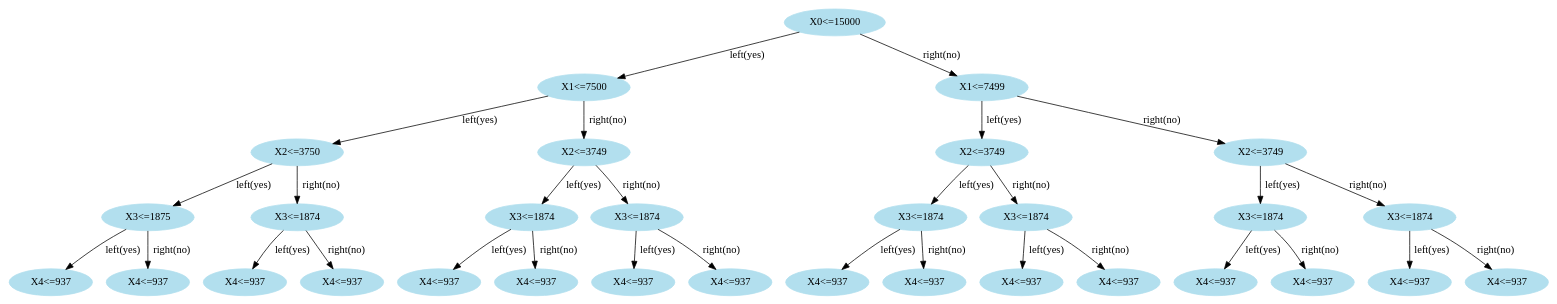
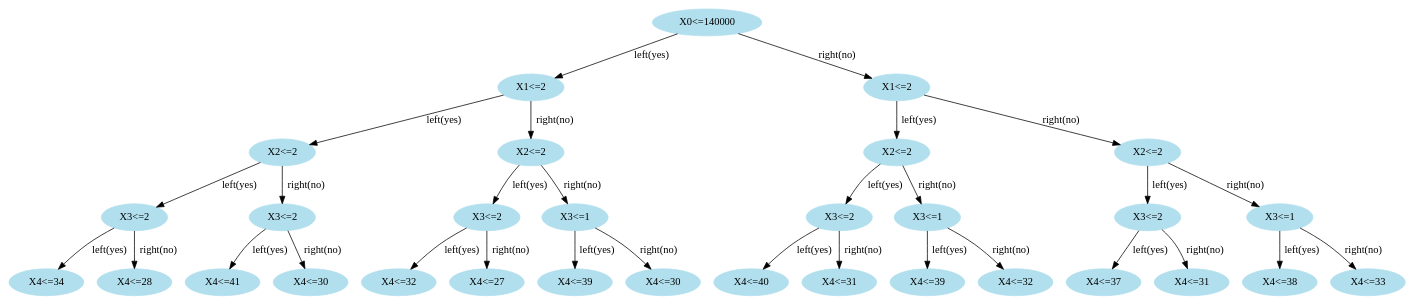
One commit to juusechec/Arbol-KD changed the diagram in arbol.gv. Above: the diagram before and after it, drawn with Graphviz. The commit also changed 3 other files, not shown here.

```diff
--- a/arbol.gv
+++ b/arbol.gv
@@ -1,65 +1,65 @@
 strict digraph arbol {
 	node [color=lightblue2 style=filled]
 	size="126,6"
-	root [label="X0<=15000"]
-	rootL [label="X1<=7500"]
+	root [label="X0<=140000"]
+	rootL [label="X1<=2"]
 	root -> rootL [label="left(yes)"]
-	rootR [label="X1<=7499"]
+	rootR [label="X1<=2"]
 	root -> rootR [label="right(no)"]
-	rootLL [label="X2<=3750"]
+	rootLL [label="X2<=2"]
 	rootL -> rootLL [label="left(yes)"]
-	rootLR [label="X2<=3749"]
+	rootLR [label="X2<=2"]
 	rootL -> rootLR [label="right(no)"]
-	rootLLL [label="X3<=1875"]
+	rootLLL [label="X3<=2"]
 	rootLL -> rootLLL [label="left(yes)"]
-	rootLLR [label="X3<=1874"]
+	rootLLR [label="X3<=2"]
 	rootLL -> rootLLR [label="right(no)"]
-	rootLLLL [label="X4<=937"]
+	rootLLLL [label="X4<=34"]
 	rootLLL -> rootLLLL [label="left(yes)"]
-	rootLLLR [label="X4<=937"]
+	rootLLLR [label="X4<=28"]
 	rootLLL -> rootLLLR [label="right(no)"]
-	rootLLRL [label="X4<=937"]
+	rootLLRL [label="X4<=41"]
 	rootLLR -> rootLLRL [label="left(yes)"]
-	rootLLRR [label="X4<=937"]
+	rootLLRR [label="X4<=30"]
 	rootLLR -> rootLLRR [label="right(no)"]
-	rootLRL [label="X3<=1874"]
+	rootLRL [label="X3<=2"]
 	rootLR -> rootLRL [label="left(yes)"]
-	rootLRR [label="X3<=1874"]
+	rootLRR [label="X3<=1"]
 	rootLR -> rootLRR [label="right(no)"]
-	rootLRLL [label="X4<=937"]
+	rootLRLL [label="X4<=32"]
 	rootLRL -> rootLRLL [label="left(yes)"]
-	rootLRLR [label="X4<=937"]
+	rootLRLR [label="X4<=27"]
 	rootLRL -> rootLRLR [label="right(no)"]
-	rootLRRL [label="X4<=937"]
+	rootLRRL [label="X4<=39"]
 	rootLRR -> rootLRRL [label="left(yes)"]
-	rootLRRR [label="X4<=937"]
+	rootLRRR [label="X4<=30"]
 	rootLRR -> rootLRRR [label="right(no)"]
-	rootRL [label="X2<=3749"]
+	rootRL [label="X2<=2"]
 	rootR -> rootRL [label="left(yes)"]
-	rootRR [label="X2<=3749"]
+	rootRR [label="X2<=2"]
 	rootR -> rootRR [label="right(no)"]
-	rootRLL [label="X3<=1874"]
+	rootRLL [label="X3<=2"]
 	rootRL -> rootRLL [label="left(yes)"]
-	rootRLR [label="X3<=1874"]
+	rootRLR [label="X3<=1"]
 	rootRL -> rootRLR [label="right(no)"]
-	rootRLLL [label="X4<=937"]
+	rootRLLL [label="X4<=40"]
 	rootRLL -> rootRLLL [label="left(yes)"]
-	rootRLLR [label="X4<=937"]
+	rootRLLR [label="X4<=31"]
 	rootRLL -> rootRLLR [label="right(no)"]
-	rootRLRL [label="X4<=937"]
+	rootRLRL [label="X4<=39"]
 	rootRLR -> rootRLRL [label="left(yes)"]
-	rootRLRR [label="X4<=937"]
+	rootRLRR [label="X4<=32"]
 	rootRLR -> rootRLRR [label="right(no)"]
-	rootRRL [label="X3<=1874"]
+	rootRRL [label="X3<=2"]
 	rootRR -> rootRRL [label="left(yes)"]
-	rootRRR [label="X3<=1874"]
+	rootRRR [label="X3<=1"]
 	rootRR -> rootRRR [label="right(no)"]
-	rootRRLL [label="X4<=937"]
+	rootRRLL [label="X4<=37"]
 	rootRRL -> rootRRLL [label="left(yes)"]
-	rootRRLR [label="X4<=937"]
+	rootRRLR [label="X4<=31"]
 	rootRRL -> rootRRLR [label="right(no)"]
-	rootRRRL [label="X4<=937"]
+	rootRRRL [label="X4<=38"]
 	rootRRR -> rootRRRL [label="left(yes)"]
-	rootRRRR [label="X4<=937"]
+	rootRRRR [label="X4<=33"]
 	rootRRR -> rootRRRR [label="right(no)"]
 }
```
